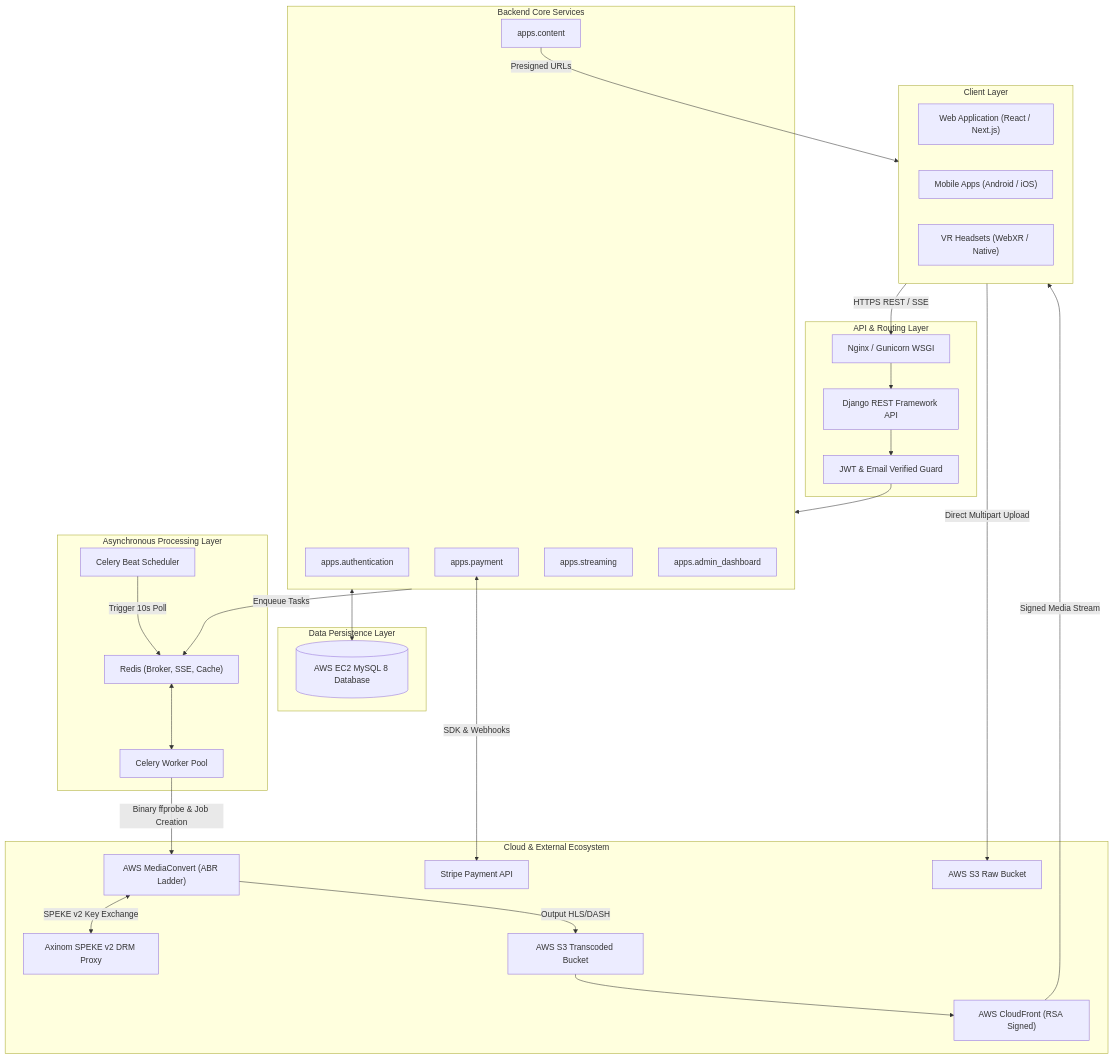
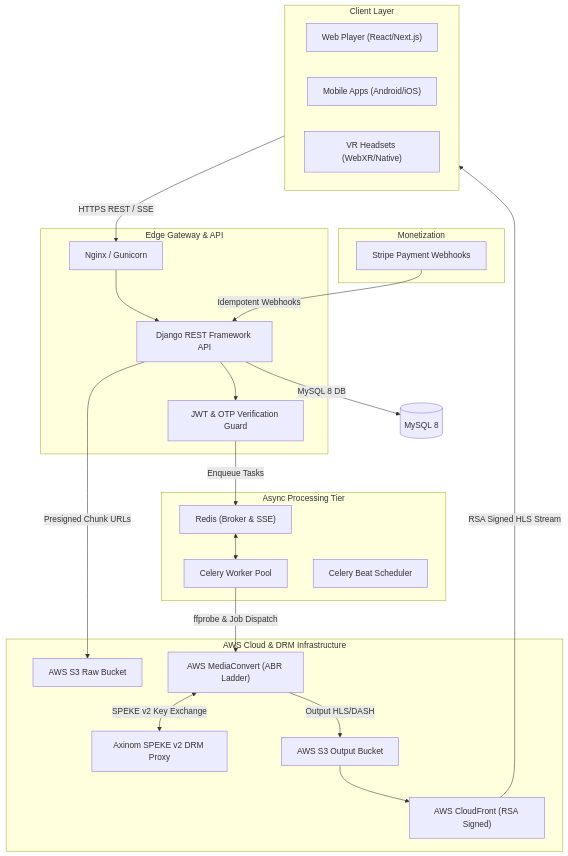
One commit to waqar16/CodeNexo-Projects-Case-Studies- changed the diagram in URview_Case_Study.md. Above: the diagram before and after it, drawn with Mermaid. The commit also changed other lines of this file and 2 other files, not shown here.

````diff
--- a/URview_Case_Study.md
+++ b/URview_Case_Study.md
@@ -144,60 +31,42 @@
-```mermaid id="prod-arch"
-flowchart TB
+```mermaid
+flowchart TD
     subgraph Clients["Client Layer"]
-        Web["Web Application (React / Next.js)"]
-        Mobile["Mobile Apps (Android / iOS)"]
-        VR["VR Headsets (WebXR / Native)"]
+        Web["Web Player (React/Next.js)"]
+        Mobile["Mobile Apps (Android/iOS)"]
+        VR["VR Headsets (WebXR/Native)"]
     end
 
-    subgraph API_Gateway["API & Routing Layer"]
-        Nginx["Nginx / Gunicorn WSGI"]
+    subgraph API_Gateway["Edge Gateway & API"]
+        Nginx["Nginx / Gunicorn"]
         DRF["Django REST Framework API"]
-        AuthGuard["JWT & Email Verified Guard"]
+        AuthGuard["JWT & OTP Verification Guard"]
     end
 
-    subgraph Core_Services["Backend Core Services"]
-        AuthApp["apps.authentication"]
-        ContentApp["apps.content"]
-        PaymentApp["apps.payment"]
-        StreamApp["apps.streaming"]
-        AdminApp["apps.admin_dashboard"]
-    end
-
-    subgraph Async_Worker["Asynchronous Processing Layer"]
-        Redis["Redis (Broker, SSE, Cache)"]
+    subgraph Async_Worker["Async Processing Tier"]
+        Redis["Redis (Broker & SSE)"]
         CeleryWorker["Celery Worker Pool"]
         CeleryBeat["Celery Beat Scheduler"]
     end
 
-    subgraph Database_Layer["Data Persistence Layer"]
-        MySQL[("AWS EC2 MySQL 8 Database")]
+    subgraph Cloud_Media["AWS Cloud & DRM Infrastructure"]
+        S3_Raw["AWS S3 Raw Bucket"]
+        MediaConvert["AWS MediaConvert (ABR Ladder)"]
+        Axinom["Axinom SPEKE v2 DRM Proxy"]
+        S3_Out["AWS S3 Output Bucket"]
+        CloudFront["AWS CloudFront (RSA Signed)"]
     end
 
-    subgraph External_Cloud["Cloud & External Ecosystem"]
-        S3_Raw["AWS S3 Raw Bucket"]
-        S3_Out["AWS S3 Transcoded Bucket"]
-        MediaConvert["AWS MediaConvert (ABR Ladder)"]
-        Axinom["Axinom SPEKE v2 DRM Proxy"]
-        CloudFront["AWS CloudFront (RSA Signed)"]
-        Stripe["Stripe Payment API"]
+    subgraph Payments["Monetization"]
+        Stripe["Stripe Payment Webhooks"]
     end
 
-    Clients -->|HTTPS REST / SSE| Nginx
-    Nginx --> DRF
-    DRF --> AuthGuard
-    AuthGuard --> Core_Services
-
-    Core_Services <--> MySQL
-    Core_Services -->|Enqueue Tasks| Redis
-    Redis <--> CeleryWorker
-    CeleryBeat -->|Trigger 10s Poll| Redis
-
-    ContentApp -->|Presigned URLs| Clients
-    Clients -->|Direct Multipart Upload| S3_Raw
-    CeleryWorker -->|Binary ffprobe & Job Creation| MediaConvert
+    Clients -->|HTTPS REST / SSE| Nginx --> DRF --> AuthGuard
+    DRF -->|MySQL 8 DB| DB[(MySQL 8)]
+    DRF -->|Presigned Chunk URLs| S3_Raw
+    AuthGuard -->|Enqueue Tasks| Redis <--> CeleryWorker
+    CeleryWorker -->|ffprobe & Job Dispatch| MediaConvert
     MediaConvert <-->|SPEKE v2 Key Exchange| Axinom
-    MediaConvert -->|Output HLS/DASH| S3_Out
-    S3_Out --> CloudFront
-    CloudFront -->|Signed Media Stream| Clients
-    PaymentApp <-->|SDK & Webhooks| Stripe
+    MediaConvert -->|Output HLS/DASH| S3_Out --> CloudFront
+    CloudFront -->|RSA Signed HLS Stream| Clients
+    Stripe -->|Idempotent Webhooks| DRF
 ```
````
